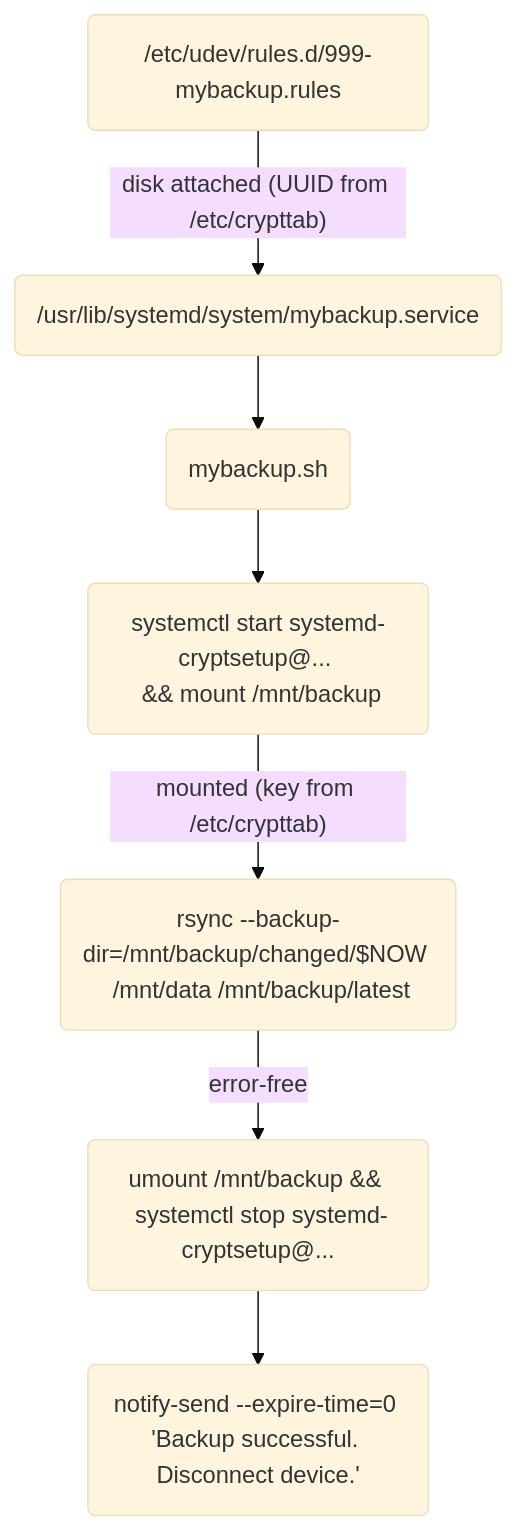
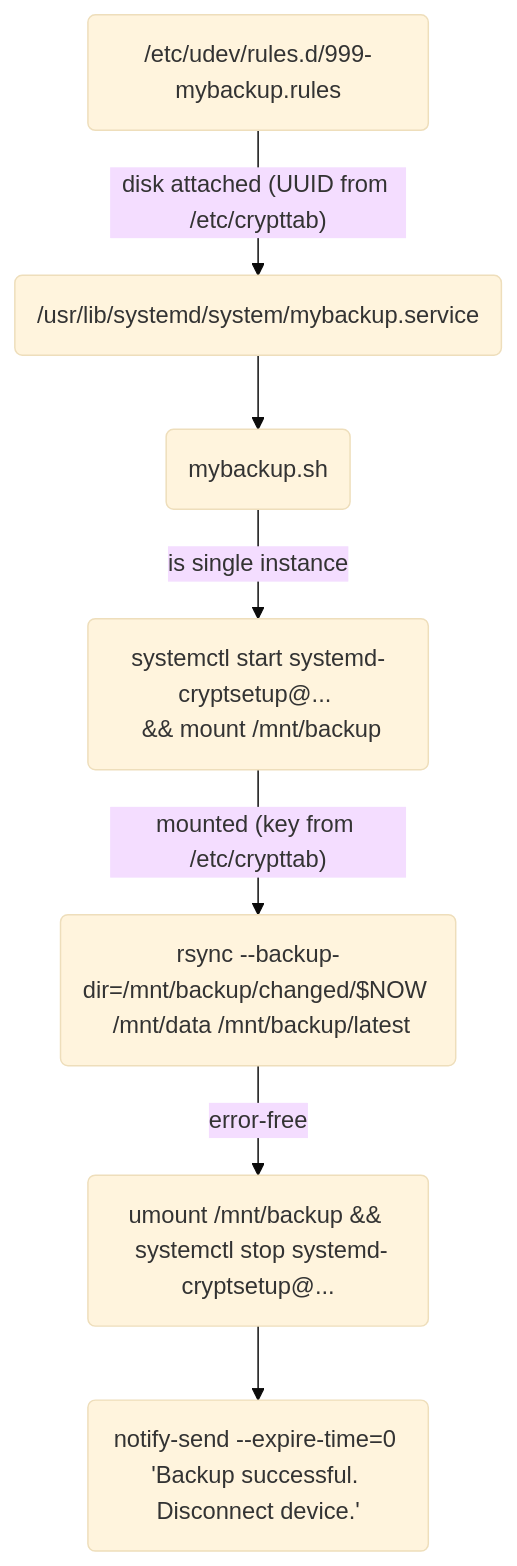
The diagram in README.md (andre-st/dotfiles), drawn with Mermaid (base theme) before and after one commit.

````diff
--- a/README.md
+++ b/README.md
@@ -265,18 +265,18 @@
 ```mermaid
 flowchart TD
 
 	udev("/etc/udev/rules.d/999-mybackup.rules")
 	service("/usr/lib/systemd/system/mybackup.service")
 	sh("mybackup.sh")
 	mount("systemctl start systemd-cryptsetup@... <br> && mount /mnt/backup")
 	umount("umount /mnt/backup && <br> systemctl stop systemd-cryptsetup@...")
 	rsync("rsync --backup-dir=/mnt/backup/changed/$NOW <br> /mnt/data /mnt/backup/latest")
 	notify("notify-send --expire-time=0 'Backup successful. Disconnect device.'")
 
 	udev-- "disk attached (UUID from /etc/crypttab)" -->service
 	service-->sh
-	sh-->mount
+	sh-- "is single instance" -->mount
 	mount-- "mounted (key from /etc/crypttab)" -->rsync
 	rsync-- "error-free" -->umount
 	umount-->notify
 ```
````
